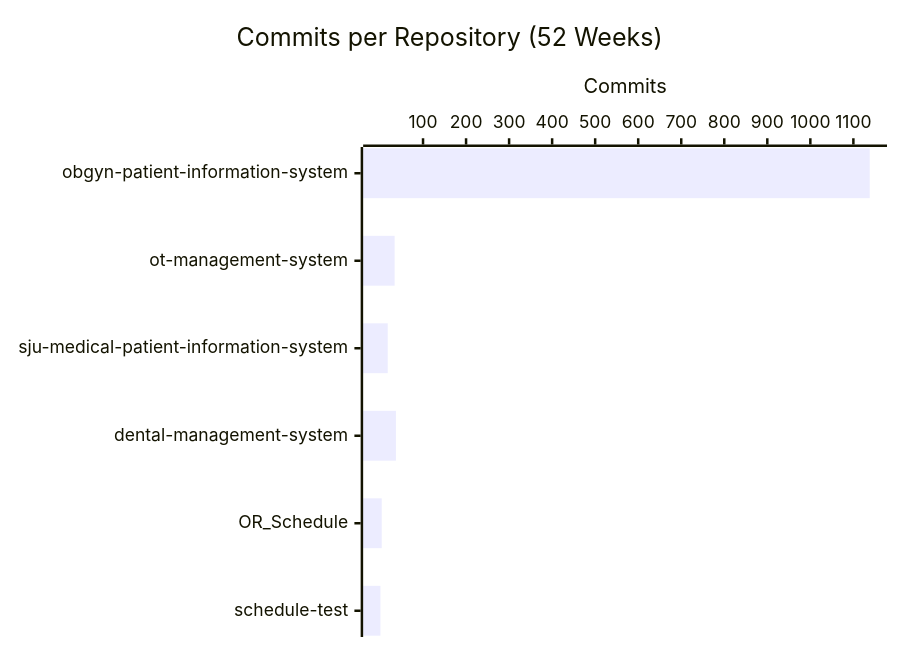
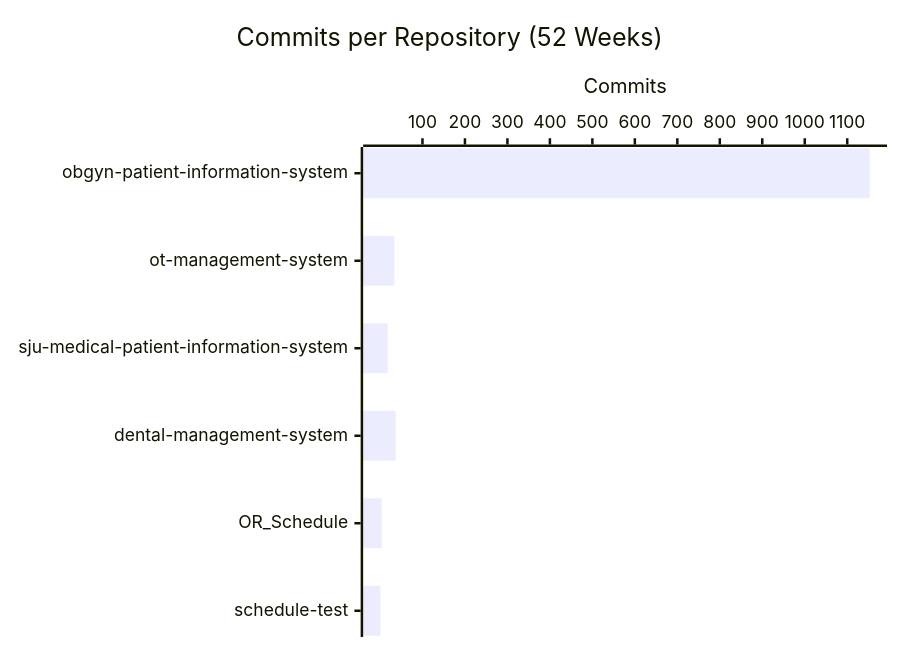
One commit to CSTH-Projects/.github changed the second of 4 diagrams in profile/README.md. Above: the diagram before and after it, drawn with Mermaid. The commit also changed other lines of this file, not shown here.

````diff
--- a/profile/README.md
+++ b/profile/README.md
@@ -24,7 +24,7 @@
 ```mermaid
 xychart-beta horizontal
     title "Commits per Repository (52 Weeks)"
     x-axis ["obgyn-patient-information-system", "ot-management-system", "sju-medical-patient-information-system", "dental-management-system", "OR_Schedule", "schedule-test"]
     y-axis "Commits"
-    bar [1138, 34, 18, 37, 4, 1]
+    bar [1153, 34, 18, 37, 4, 1]
 ```
````
